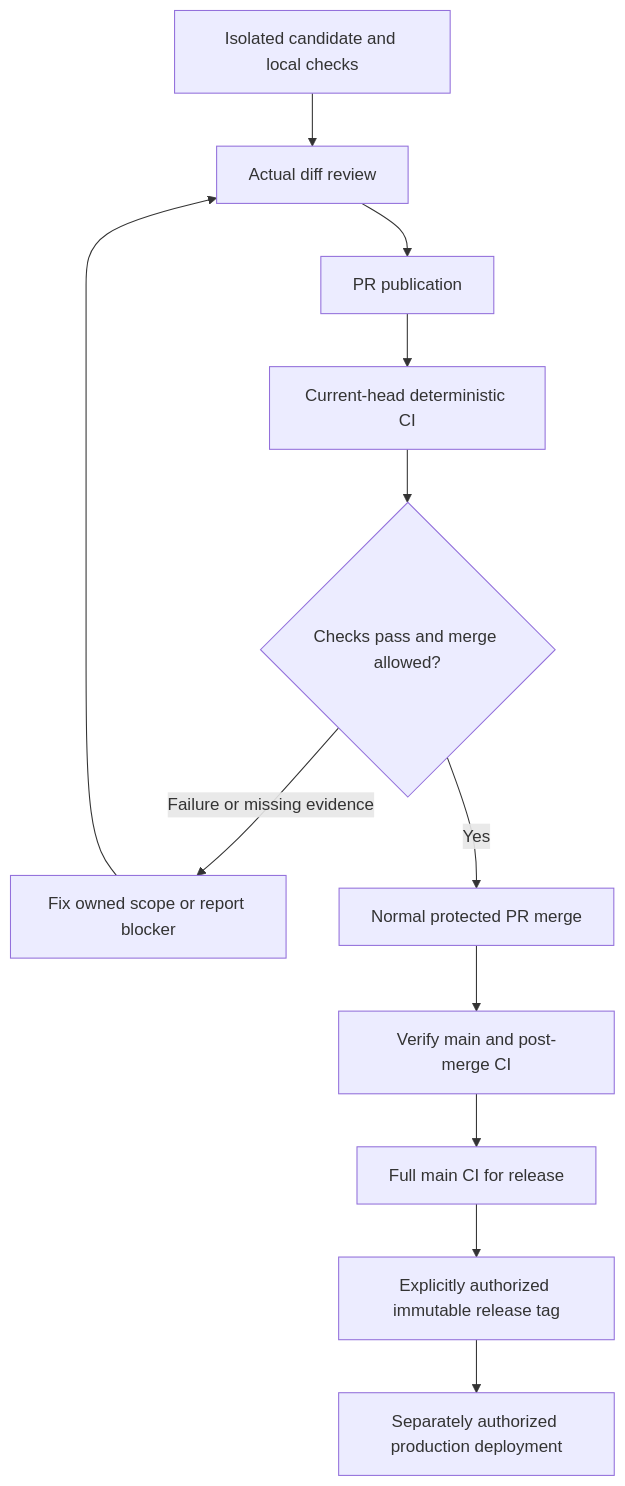
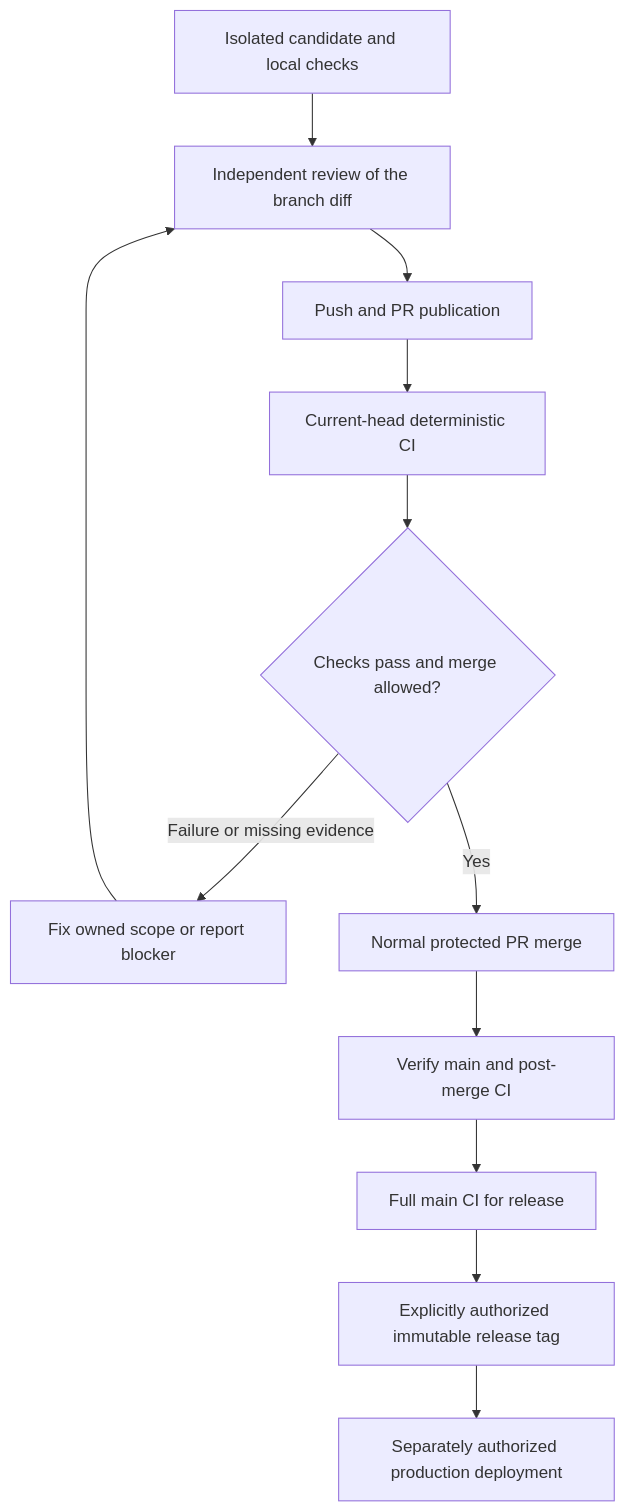
The diagram in docs/agents/integration-rules.md (tariiq222/liwan), drawn with Mermaid before and after one commit. The commit also changed other lines of this file and 1 other file, not shown here.

First line of the commit message:
docs(docs): require an independent review before every push

````diff
--- a/docs/agents/integration-rules.md
+++ b/docs/agents/integration-rules.md
@@ -218,14 +240,14 @@
 ```mermaid
 flowchart TD
-    A[Isolated candidate and local checks] --> B[Actual diff review]
-    B --> C[PR publication]
+    A[Isolated candidate and local checks] --> B[Independent review of the branch diff]
+    B --> C[Push and PR publication]
     C --> D[Current-head deterministic CI]
     D --> E{Checks pass and merge allowed?}
     E -->|Failure or missing evidence| F[Fix owned scope or report blocker]
     F --> B
     E -->|Yes| G[Normal protected PR merge]
     G --> H[Verify main and post-merge CI]
     H --> I[Full main CI for release]
     I --> J[Explicitly authorized immutable release tag]
     J --> K[Separately authorized production deployment]
 ```
````
